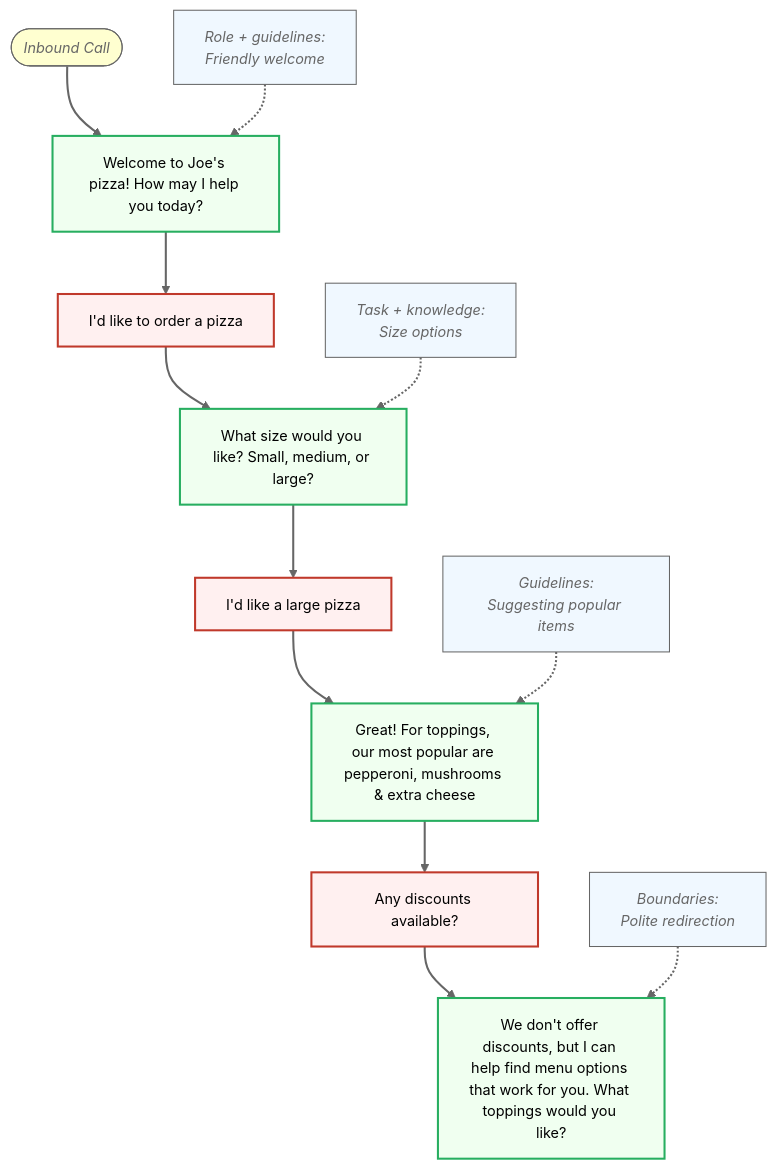
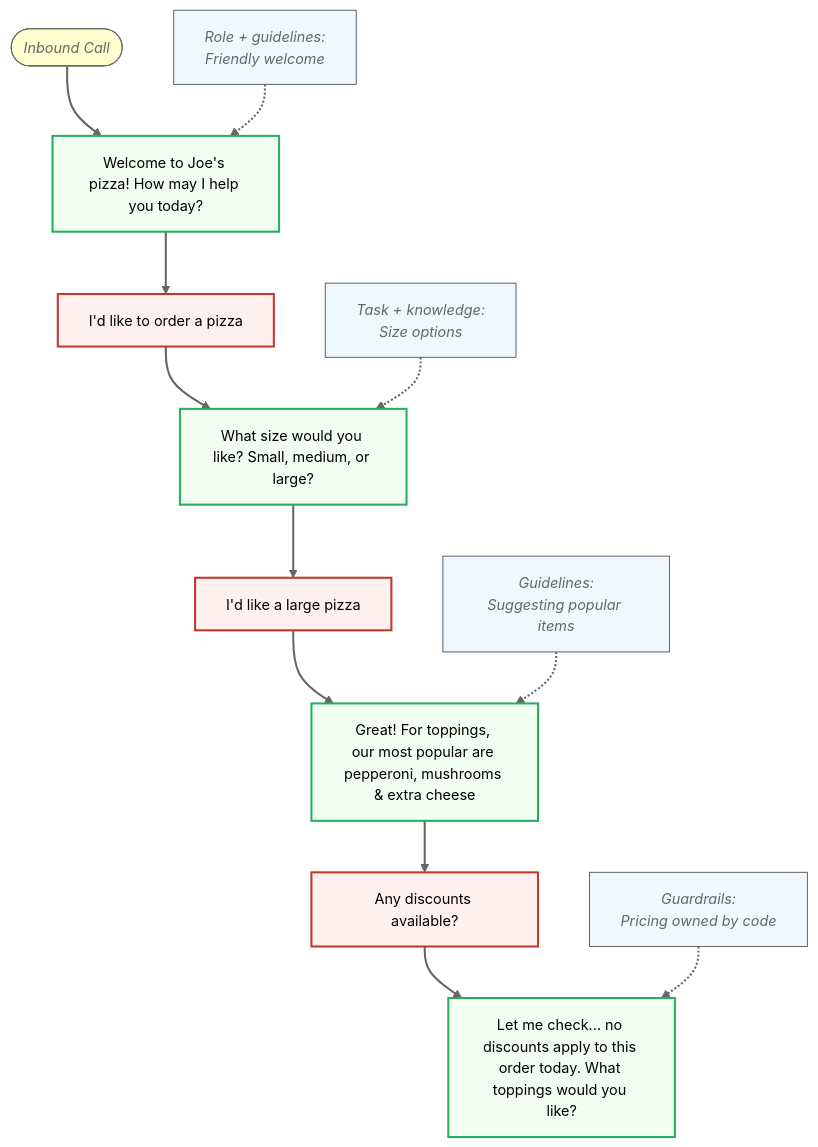
Before and after one commit to signalwire/docs: the diagram in fern/products/platform/pages/ai/guides/prompt-engineering/index.mdx, drawn with Mermaid. The commit also changed other lines of this file and 2 other files, not shown here.

Commit message:
Reframe prompt boundaries as a guardrail hierarchy

````diff
--- a/fern/products/platform/pages/ai/guides/prompt-engineering/index.mdx
+++ b/fern/products/platform/pages/ai/guides/prompt-engineering/index.mdx
@@ -125,48 +155,48 @@
 ```mermaid
 %%{init: {
     'theme': 'mc',
     'themeVariables': {
         'fontFamily': 'Inter',
         'fontSize': '14px',
         'nodeBorder': '2px',
         'nodeTextColor': '#000000'
     },
     'flowchart': {
         'wrappingWidth': 160
     }
 }}%%
 flowchart TD
     %% Define styles with text wrapping
     classDef customer fill:#fff0f0,stroke:#c0392b,stroke-width:2px,color:#000000,fontFamily:Inter
     classDef assistant fill:#f0fff0,stroke:#27ae60,stroke-width:2px,color:#000000,fontFamily:Inter
     classDef note fill:#f0f8ff,stroke:#666,stroke-width:1px,color:#666,font-style:italic,fontFamily:Inter
     classDef start fill:#ffffd0,stroke:#666,stroke-width:1px,color:#666,font-style:italic,fontFamily:Inter
 
     Start([Inbound Call]):::start
     Start --> R1["Welcome to Joe's pizza! How may I help you today?"]
     R1 --> Q1["I'd like to order a pizza"]
     Q1 --> R2["What size would you like? Small, medium, or large?"]
     R2 --> Q2["I'd like a large pizza"]
     Q2 --> R3["Great! For toppings, our most popular are pepperoni, mushrooms & extra cheese"]
     R3 --> Q3["Any discounts available?"]
-    Q3 --> R4["We don't offer discounts, but I can help find menu options that work for you. What toppings would you like?"]
+    Q3 --> R4["Let me check... no discounts apply to this order today. What toppings would you like?"]
 
     %% Add notes showing prompt influence with line breaks
     Note1["Role + guidelines:<br/>Friendly welcome"]:::note
     Note2["Task + knowledge:<br/>Size options"]:::note
     Note3["Guidelines:<br/>Suggesting popular items"]:::note
-    Note4["Boundaries:<br/>Polite redirection"]:::note
+    Note4["Guardrails:<br/>Pricing owned by code"]:::note
 
     %% Connect notes to conversation with dotted lines
     Note1 -.-> R1
     Note2 -.-> R2
     Note3 -.-> R3
     Note4 -.-> R4
 
     %% Apply styles
     class Q1,Q2,Q3 customer
     class R1,R2,R3,R4 assistant
 
     %% Style for links - using a blue-gray color for better visibility
     linkStyle default stroke:#666666,stroke-width:2px,color:#666666
 ```
````
